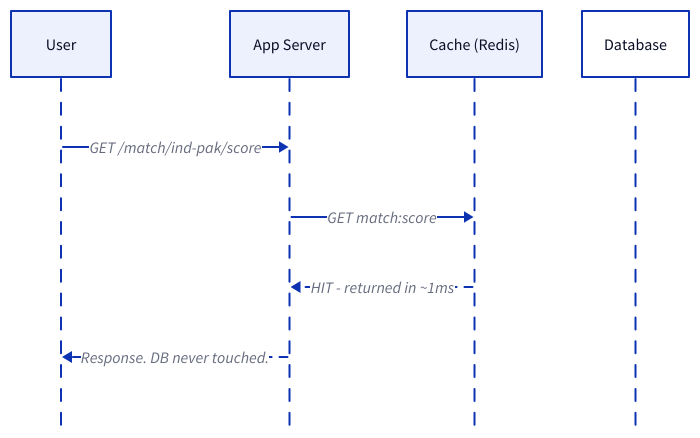
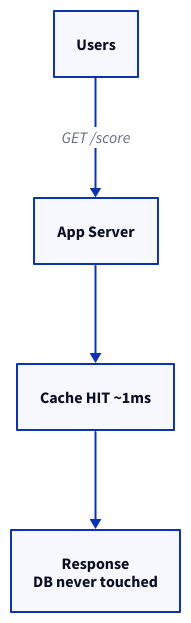
Before and after one commit to g-savitha/gsavitha.in: the first of 8 diagrams in src/content/blog/thundering-herd.md, drawn with D2. The commit also changed other lines of this file and 11 other files, not shown here.

````diff
--- a/src/content/blog/thundering-herd.md
+++ b/src/content/blog/thundering-herd.md
@@ -54,11 +54,10 @@
 ```d2
-shape: sequence_diagram
-U: User
-App: "App Server"
-C: "Cache (Redis)"
-DB: Database
-U -> App: "GET /match/ind-pak/score"
-App -> C: "GET match:score"
-C -> App: "HIT - returned in ~1ms" {style.stroke-dash: 4}
-App -> U: "Response. DB never touched." {style.stroke-dash: 4}
+direction: down
+U: Users {class: primary}
+App: "App Server" {class: info}
+C: "Cache HIT ~1ms" {class: success}
+Out: "Response\nDB never touched" {class: hit}
+U -> App: "GET /score"
+App -> C
+C -> Out
 ```
````
